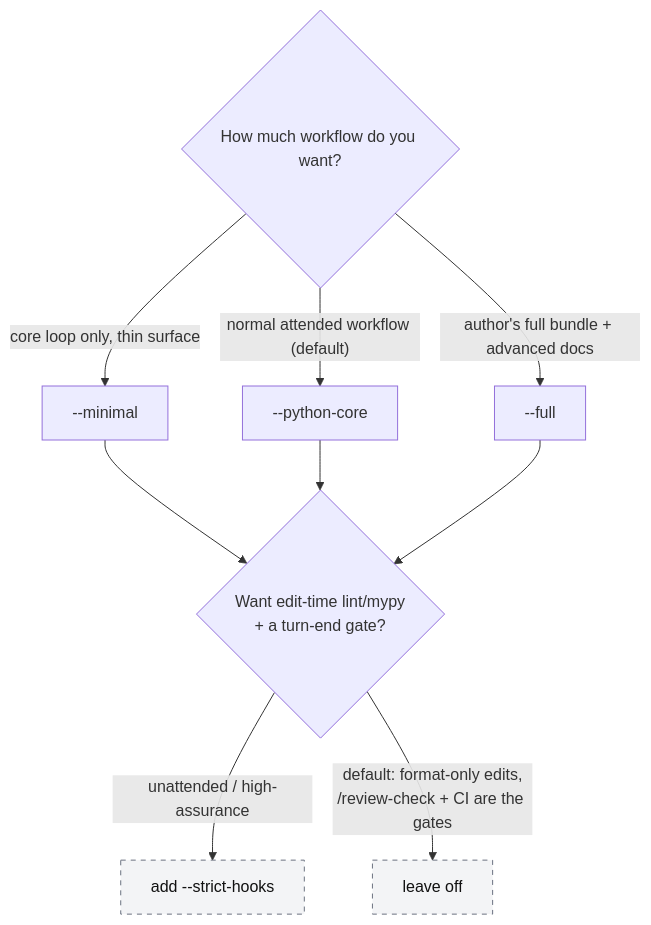
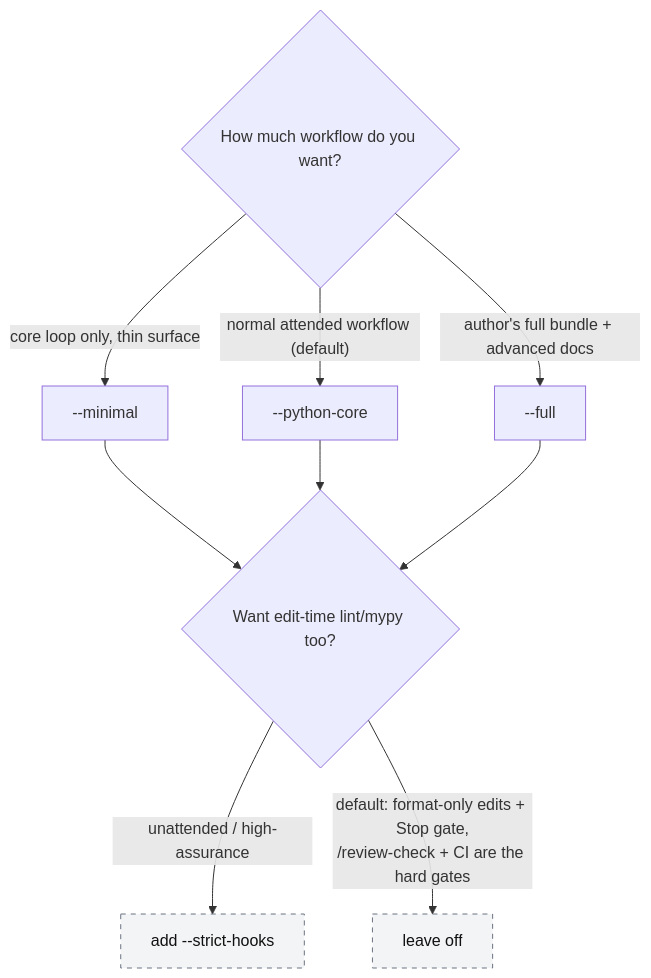
One commit to bbirkinbine/agentic-scaffold changed the second of 3 diagrams in python/docs/project-types.md. Above: the diagram before and after it, drawn with Mermaid. The commit also changed other lines of this file and 13 other files, not shown here.

First line of the commit message:
Make the Stop gate default; demote issue-first to opt-in issue mode

````diff
--- a/python/docs/project-types.md
+++ b/python/docs/project-types.md
@@ -46,15 +47,15 @@
 ```mermaid
 flowchart TD
     S{"How much workflow do you want?"}
     S -->|"core loop only, thin surface"| MIN["--minimal"]
     S -->|"normal attended workflow (default)"| CORE["--python-core"]
     S -->|"author's full bundle + advanced docs"| FULL["--full"]
-    MIN --> STRICT{"Want edit-time lint/mypy<br/>+ a turn-end gate?"}
+    MIN --> STRICT{"Want edit-time lint/mypy too?"}
     CORE --> STRICT
     FULL --> STRICT
     STRICT -->|"unattended / high-assurance"| YES["add --strict-hooks"]
-    STRICT -->|"default: format-only edits,<br/>/review-check + CI are the gates"| NO["leave off"]
+    STRICT -->|"default: format-only edits + Stop gate,<br/>/review-check + CI are the hard gates"| NO["leave off"]
 
     classDef opt fill:#f3f4f6,stroke:#6b7280,color:#111,stroke-dasharray: 5 5;
     class YES,NO opt;
 ```
````
